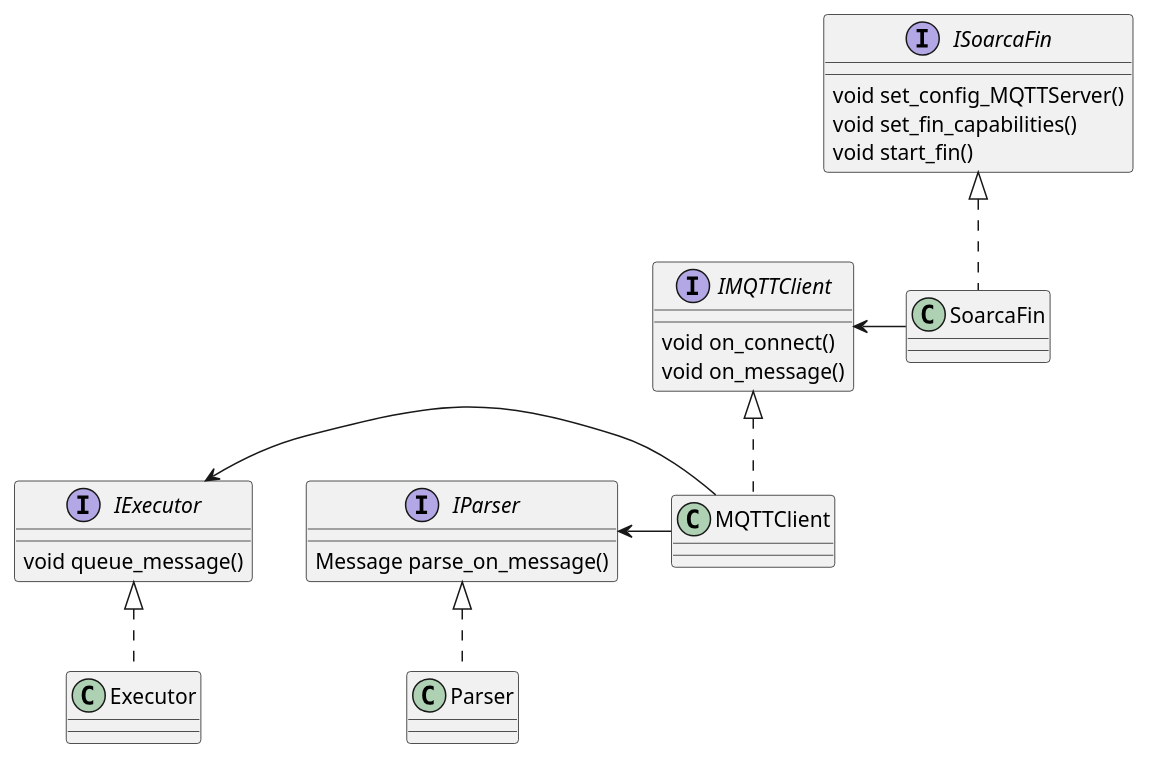
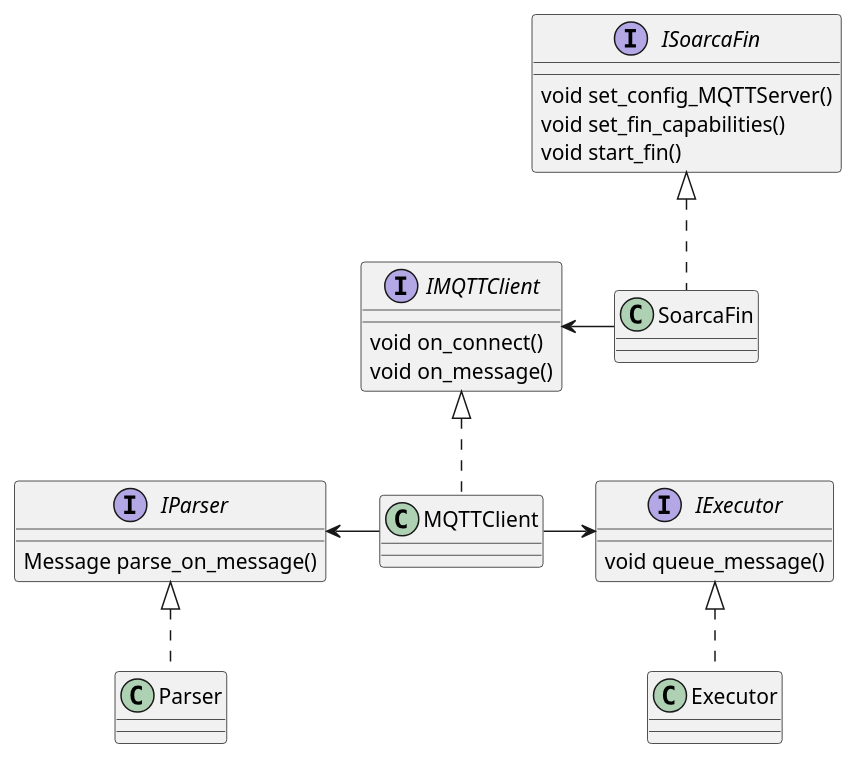
The first of 3 diagrams in docs/content/en/docs/soarca-extensions/fin-python-library.md (COSSAS/SOARCA), drawn with PlantUML before and after one commit.

Commit message:
Clean up plantuml arrow

````diff
--- a/docs/content/en/docs/soarca-extensions/fin-python-library.md
+++ b/docs/content/en/docs/soarca-extensions/fin-python-library.md
@@ -112,35 +112,35 @@
 ```plantuml
 interface IParser {
  Message parse_on_message()
 }
 
 interface IMQTTClient {
  void on_connect()
  void on_message()
 }
 
 interface ISoarcaFin {
  void set_config_MQTTServer()
  void set_fin_capabilities()
  void start_fin()
 }
 
 interface IExecutor {
  void queue_message()
 }
 
 
 class SoarcaFin
 class MQTTClient
 class Parser
 class Executor
 
 ISoarcaFin <|.. SoarcaFin
 IMQTTClient <|.. MQTTClient
 IParser <|.. Parser
 IExecutor <|.. Executor
 
 IMQTTClient <- SoarcaFin
-IExecutor <- MQTTClient
+MQTTClient -> IExecutor
 IParser <-MQTTClient
 ```
````
